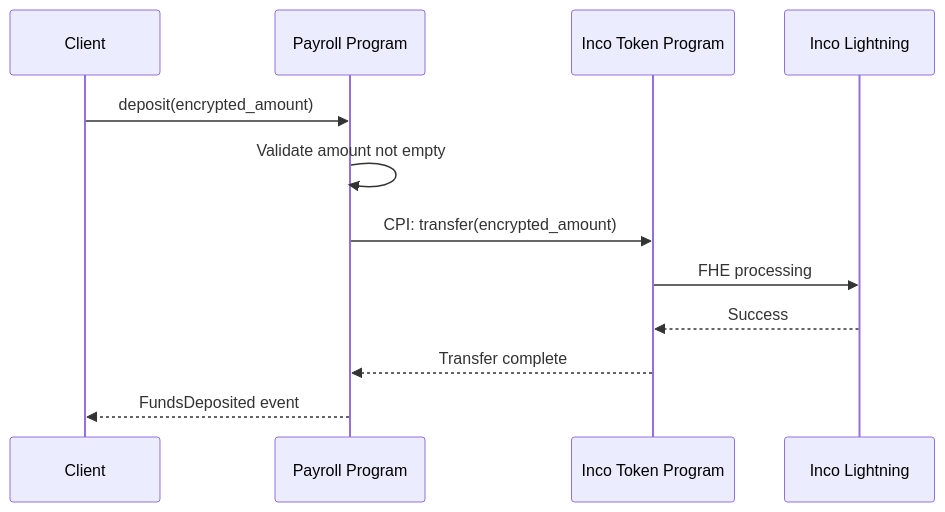
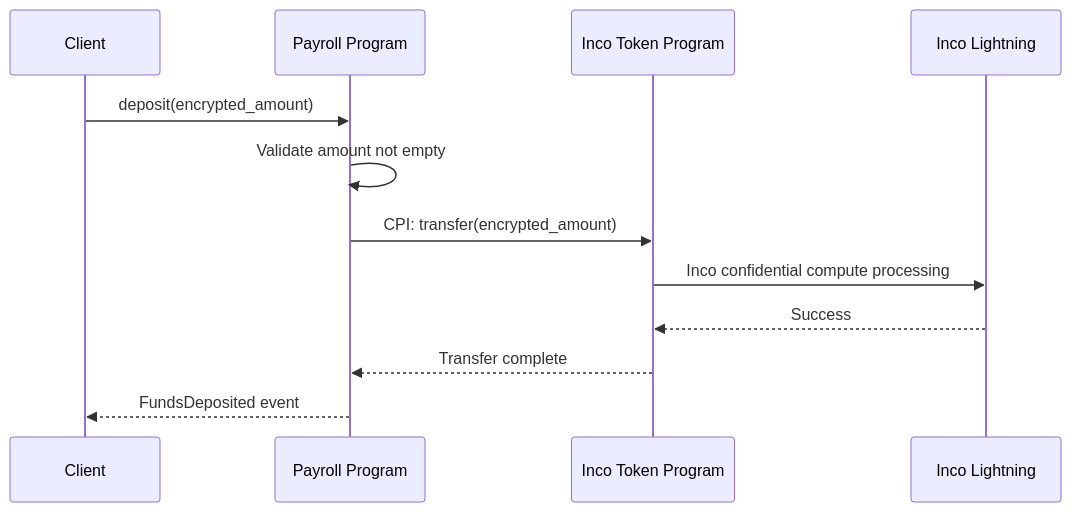
One commit to ConejoCapital/Bagel changed the second of 4 diagrams in docs-site/docs/payroll-program/instructions.md. Above: the diagram before and after it, drawn with Mermaid. The commit also changed 46 other files, not shown here.

First line of the commit message:
fix: replace FHE/homomorphic lingo with "Inco confidential compute"

````diff
--- a/docs-site/docs/payroll-program/instructions.md
+++ b/docs-site/docs/payroll-program/instructions.md
@@ -215,15 +215,15 @@
 ```mermaid
 sequenceDiagram
     participant C as Client
     participant P as Payroll Program
     participant IT as Inco Token Program
     participant IL as Inco Lightning
 
     C->>P: deposit(encrypted_amount)
     P->>P: Validate amount not empty
     P->>IT: CPI: transfer(encrypted_amount)
-    IT->>IL: FHE processing
+    IT->>IL: Inco confidential compute processing
     IL-->>IT: Success
     IT-->>P: Transfer complete
     P-->>C: FundsDeposited event
 ```
````
